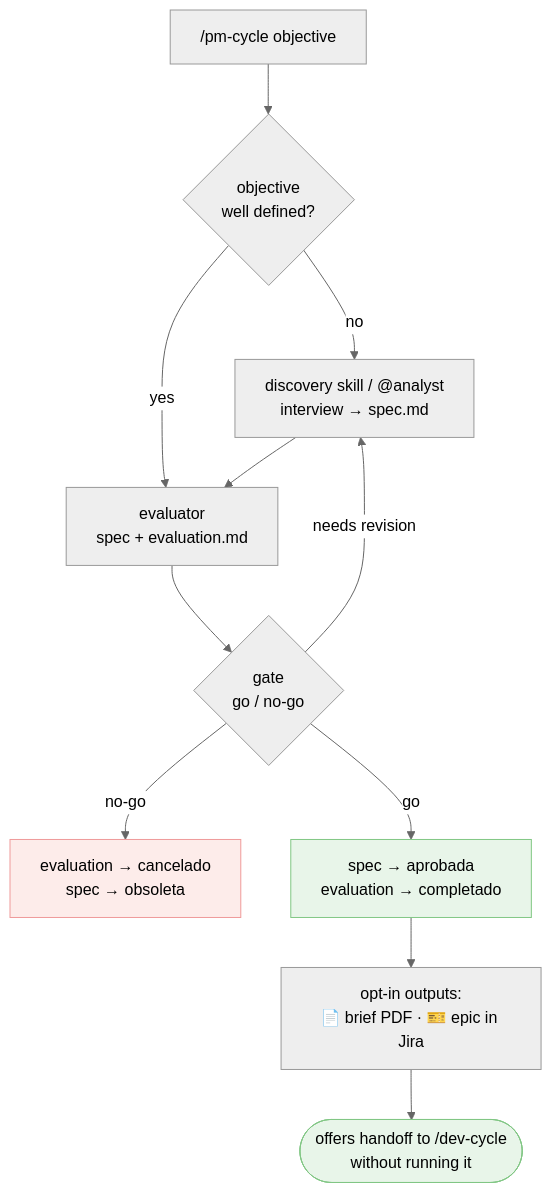
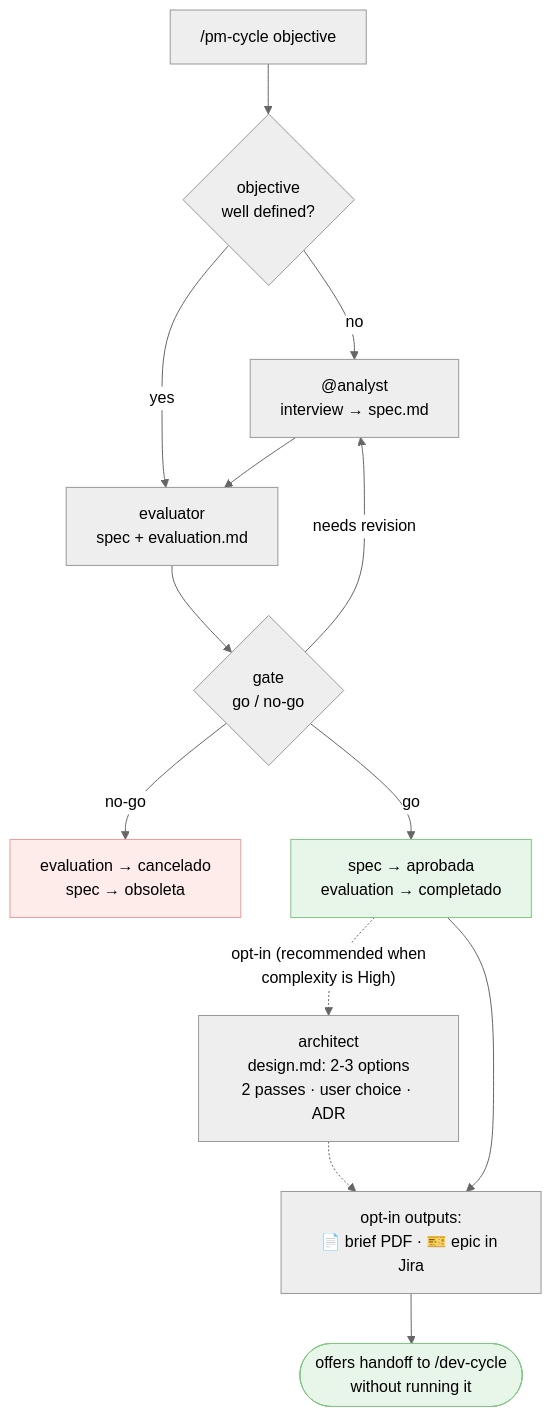
One commit to daycry/custom-agents changed the third of 12 diagrams in docs/en/FLOWS.md. Above: the diagram before and after it, drawn with Mermaid (neutral theme). The commit also changed other lines of this file and 215 other files, not shown here.

````diff
--- a/docs/en/FLOWS.md
+++ b/docs/en/FLOWS.md
@@ -59,16 +62,18 @@
 ```mermaid
 flowchart TD
     A["/pm-cycle objective"] --> B{"objective<br/>well defined?"}
-    B -->|no| C["discovery skill / @analyst<br/>interview → spec.md"]
+    B -->|no| C["@analyst<br/>interview → spec.md"]
     B -->|yes| D["evaluator<br/>spec + evaluation.md"]
     C --> D
     D --> E{"gate<br/>go / no-go"}
     E -->|no-go| F["evaluation → cancelado<br/>spec → obsoleta"]
     E -->|needs revision| C
     E -->|go| G["spec → aprobada<br/>evaluation → completado"]
+    G -.->|"opt-in (recommended when<br/>complexity is High)"| AR["architect<br/>design.md: 2-3 options<br/>2 passes · user choice · ADR"]
+    AR -.-> H
     G --> H["opt-in outputs:<br/>📄 brief PDF · 🎫 epic in Jira"]
     H --> I(["offers handoff to /dev-cycle<br/>without running it"])
     style F fill:#fdecea,stroke:#ef9a9a
     style G fill:#e8f5e9,stroke:#81c784
     style I fill:#e8f5e9,stroke:#81c784
 ```
````
